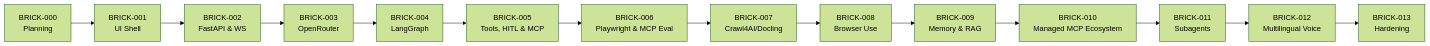
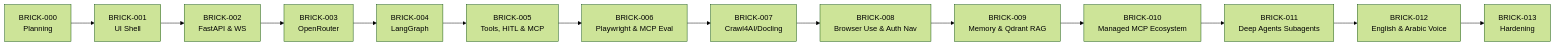
Before and after one commit to Aryramy/javed: the diagram in docs/ROADMAP.md, drawn with Mermaid (forest theme). The commit also changed other lines of this file and 18 other files, not shown here.

Commit message:
docs(roadmap): define B8-B12 integrations and owner exclusions

````diff
--- a/docs/ROADMAP.md
+++ b/docs/ROADMAP.md
@@ -16,16 +16,16 @@
 ```mermaid
 flowchart LR
     B0["BRICK-000<br/>Planning"] --> B1["BRICK-001<br/>UI Shell"]
     B1 --> B2["BRICK-002<br/>FastAPI & WS"]
     B2 --> B3["BRICK-003<br/>OpenRouter"]
     B3 --> B4["BRICK-004<br/>LangGraph"]
     B4 --> B5["BRICK-005<br/>Tools, HITL & MCP"]
     B5 --> B6["BRICK-006<br/>Playwright & MCP Eval"]
     B6 --> B7["BRICK-007<br/>Crawl4AI/Docling"]
-    B7 --> B8["BRICK-008<br/>Browser Use"]
-    B8 --> B9["BRICK-009<br/>Memory & RAG"]
+    B7 --> B8["BRICK-008<br/>Browser Use & Auth Nav"]
+    B8 --> B9["BRICK-009<br/>Memory & Qdrant RAG"]
     B9 --> B10["BRICK-010<br/>Managed MCP Ecosystem"]
-    B10 --> B11["BRICK-011<br/>Subagents"]
-    B11 --> B12["BRICK-012<br/>Multilingual Voice"]
+    B10 --> B11["BRICK-011<br/>Deep Agents Subagents"]
+    B11 --> B12["BRICK-012<br/>English & Arabic Voice"]
     B12 --> B13["BRICK-013<br/>Hardening"]
 ```
````
